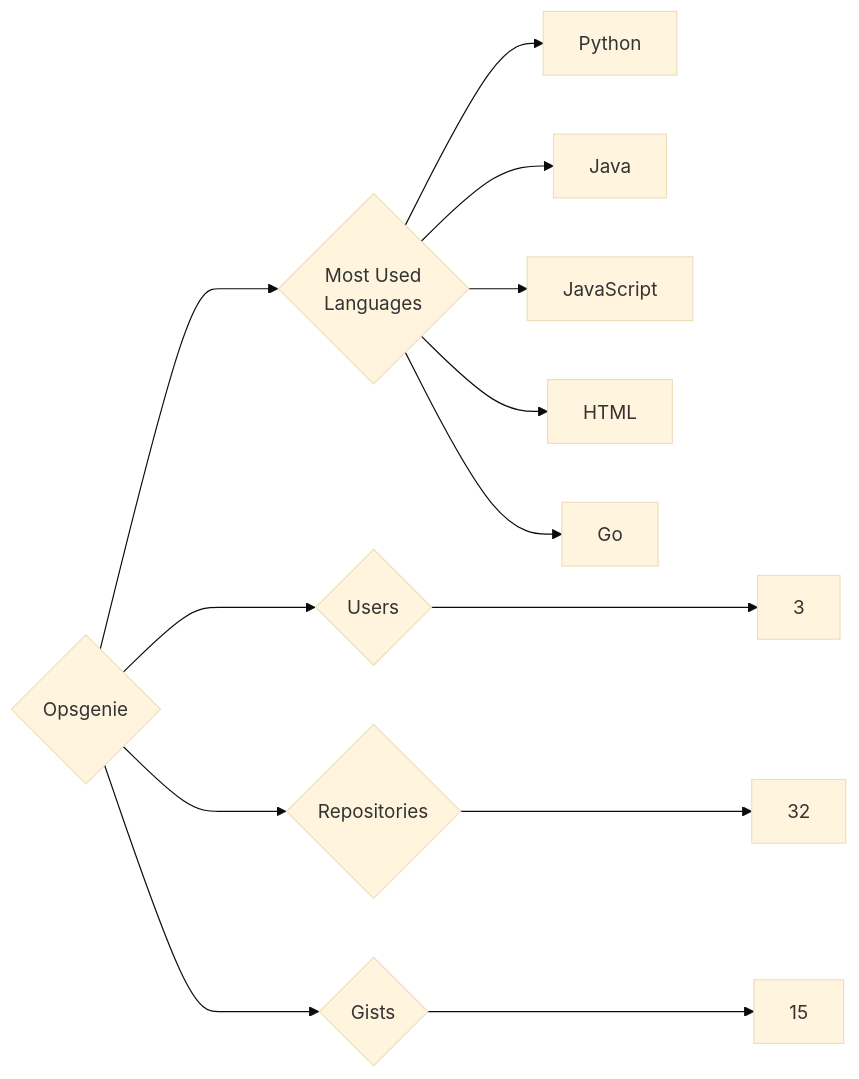
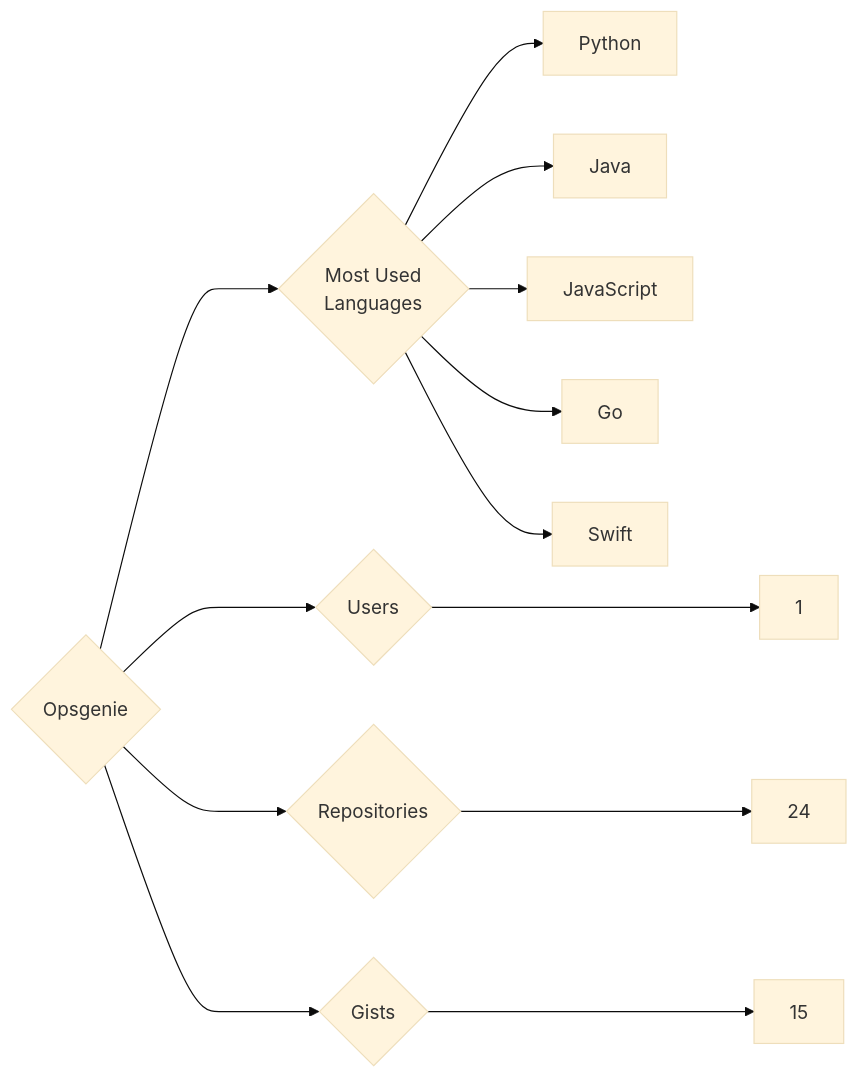
One commit to trickest/insiders changed the diagram in targets/Opsgenie/README.md. Above: the diagram before and after it, drawn with Mermaid (base theme). The commit also changed 851 other files, not shown here.

````diff
--- a/targets/Opsgenie/README.md
+++ b/targets/Opsgenie/README.md
@@ -3,13 +3,13 @@
 ```mermaid
 graph LR
 COMPANY_NAME{Opsgenie}
-COMPANY_NAME ---> U{Users} ---> UN[3]
-COMPANY_NAME ---> R{Repositories} ---> RN[32]
+COMPANY_NAME ---> U{Users} ---> UN[1]
+COMPANY_NAME ---> R{Repositories} ---> RN[24]
 COMPANY_NAME ---> G{Gists} ---> GN[15]
 COMPANY_NAME ---> ML{Most Used<br>Languages}
 ML --> Python[Python]
 ML --> Java[Java]
 ML --> JavaScript[JavaScript]
-ML --> HTML[HTML]
 ML --> Go[Go]
+ML --> Swift[Swift]
 ```
````
